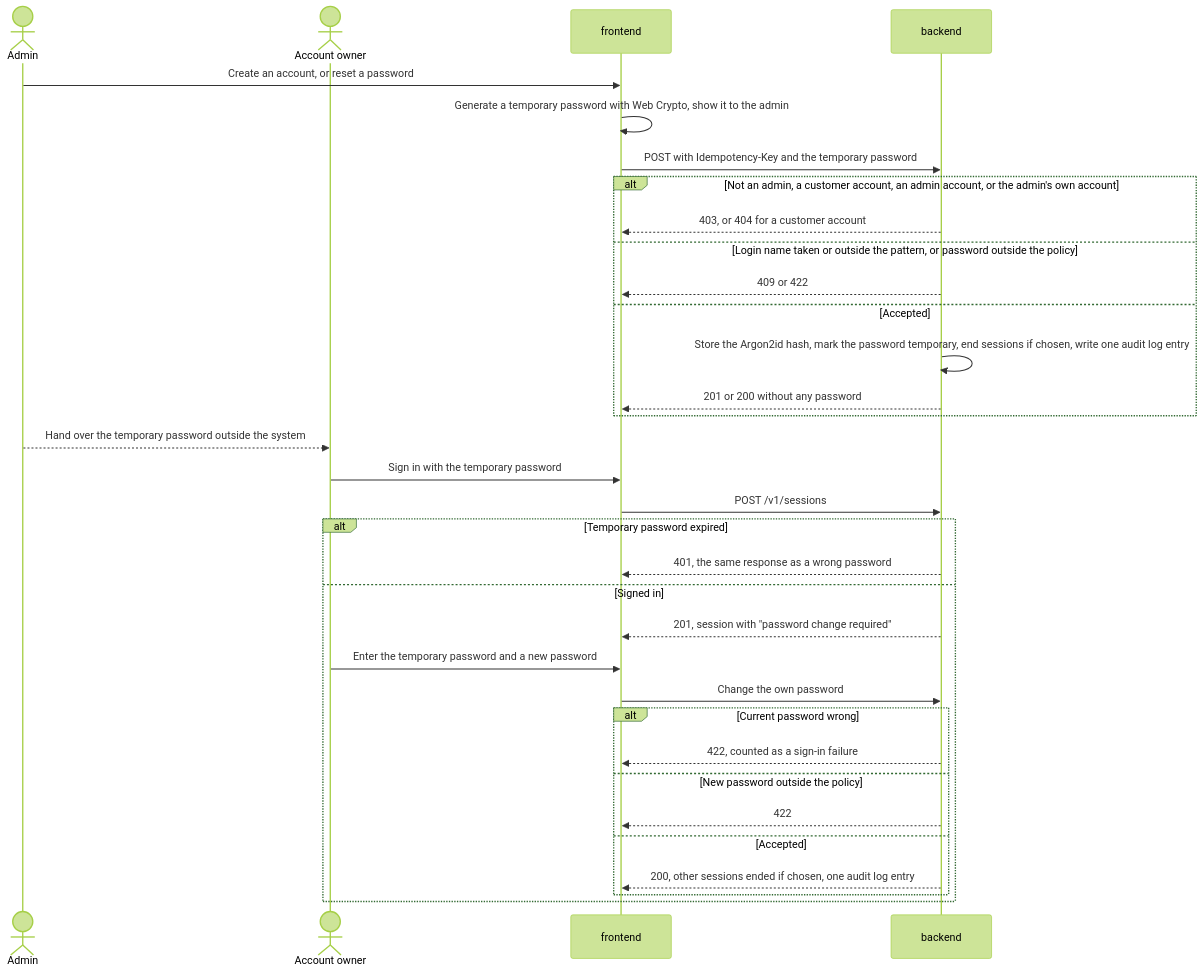
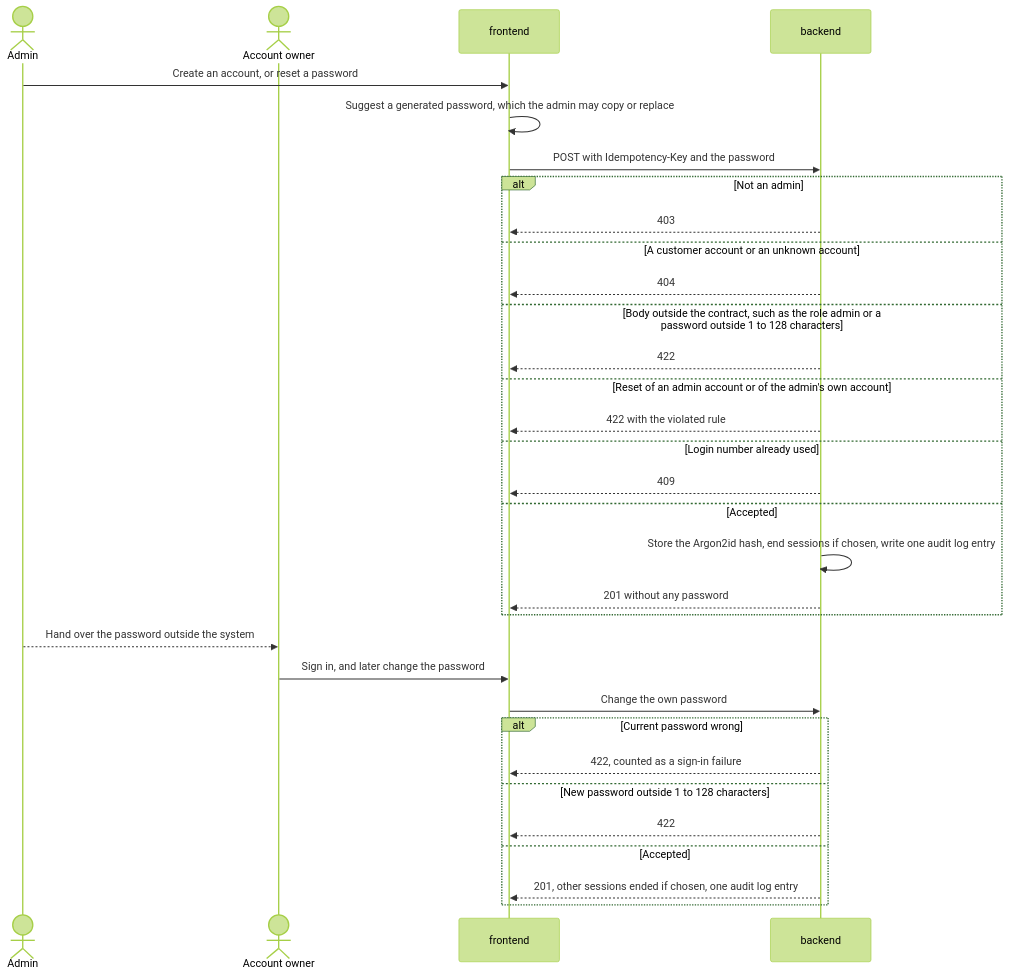
The diagram in docs/decisions/0015-account-creation-and-password-changes.md (ml-system-design-nhom-5/SupportIQ), drawn with Mermaid (forest theme) before and after one commit. The commit also changed other lines of this file and 1 other file, not shown here.

First line of the commit message:
docs(docs): revise ADR-0015 to the simplest account functions

````diff
--- a/docs/decisions/0015-account-creation-and-password-changes.md
+++ b/docs/decisions/0015-account-creation-and-password-changes.md
@@ -38,35 +37,34 @@
 ```mermaid
 sequenceDiagram
     actor Admin
     actor Owner as Account owner
     participant FE as frontend
     participant BE as backend
     Admin->>FE: Create an account, or reset a password
-    FE->>FE: Generate a temporary password with Web Crypto, show it to the admin
-    FE->>BE: POST with Idempotency-Key and the temporary password
-    alt Not an admin, a customer account, an admin account, or the admin's own account
-        BE-->>FE: 403, or 404 for a customer account
-    else Login name taken or outside the pattern, or password outside the policy
-        BE-->>FE: 409 or 422
+    FE->>FE: Suggest a generated password, which the admin may copy or replace
+    FE->>BE: POST with Idempotency-Key and the password
+    alt Not an admin
+        BE-->>FE: 403
+    else A customer account or an unknown account
+        BE-->>FE: 404
+    else Body outside the contract, such as the role admin or a password outside 1 to 128 characters
+        BE-->>FE: 422
+    else Reset of an admin account or of the admin's own account
+        BE-->>FE: 422 with the violated rule
+    else Login number already used
+        BE-->>FE: 409
     else Accepted
-        BE->>BE: Store the Argon2id hash, mark the password temporary, end sessions if chosen, write one audit log entry
-        BE-->>FE: 201 or 200 without any password
+        BE->>BE: Store the Argon2id hash, end sessions if chosen, write one audit log entry
+        BE-->>FE: 201 without any password
     end
-    Admin-->>Owner: Hand over the temporary password outside the system
-    Owner->>FE: Sign in with the temporary password
-    FE->>BE: POST /v1/sessions
-    alt Temporary password expired
-        BE-->>FE: 401, the same response as a wrong password
-    else Signed in
-        BE-->>FE: 201, session with "password change required"
-        Owner->>FE: Enter the temporary password and a new password
-        FE->>BE: Change the own password
-        alt Current password wrong
-            BE-->>FE: 422, counted as a sign-in failure
-        else New password outside the policy
-            BE-->>FE: 422
-        else Accepted
-            BE-->>FE: 200, other sessions ended if chosen, one audit log entry
-        end
+    Admin-->>Owner: Hand over the password outside the system
+    Owner->>FE: Sign in, and later change the password
+    FE->>BE: Change the own password
+    alt Current password wrong
+        BE-->>FE: 422, counted as a sign-in failure
+    else New password outside 1 to 128 characters
+        BE-->>FE: 422
+    else Accepted
+        BE-->>FE: 201, other sessions ended if chosen, one audit log entry
     end
 ```
````
